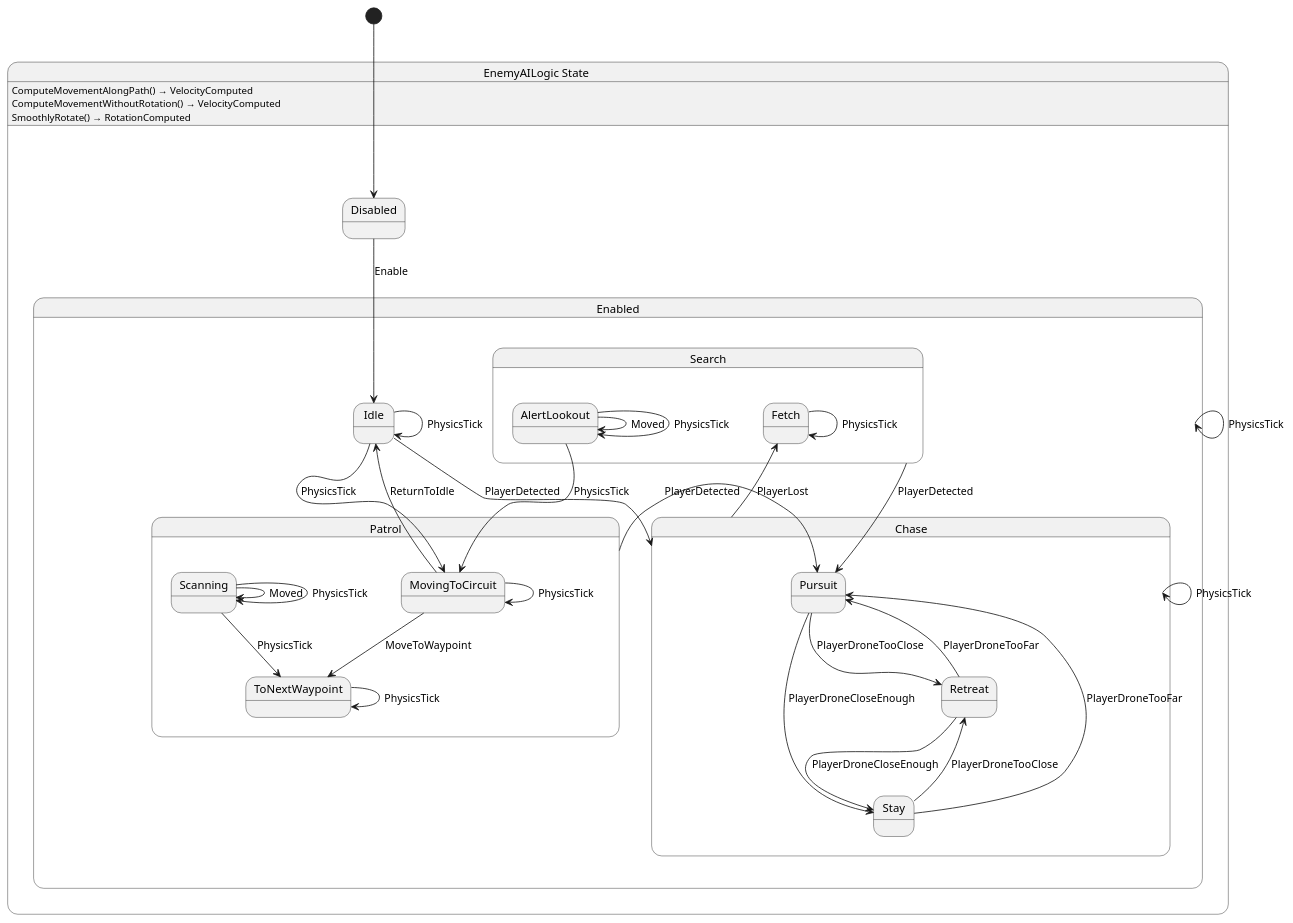
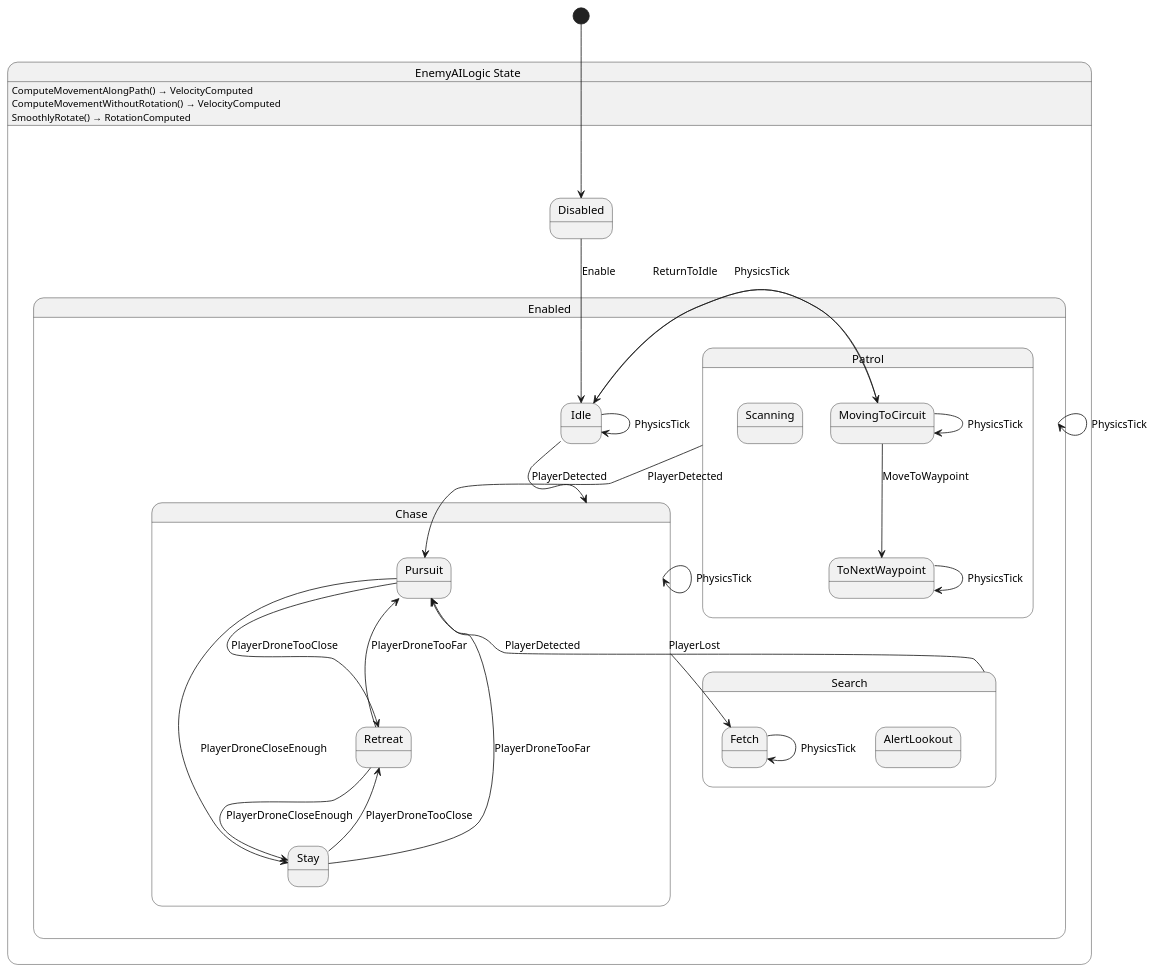
Before and after one commit to SkyValor/rescue-drone: the diagram in Scripts/Drone/Enemy/AIStateMachine/EnemyAILogic.g.puml, drawn with PlantUML. The commit also changed 6 other files, not shown here.

Commit message:
Added tilting feature to the player drone. The PlayerLogic will output events when moving and stop moving to alert the controller about to do the thing.

```diff
--- a/Scripts/Drone/Enemy/AIStateMachine/EnemyAILogic.g.puml
+++ b/Scripts/Drone/Enemy/AIStateMachine/EnemyAILogic.g.puml
@@ -1,55 +1,49 @@
 @startuml EnemyAILogic
 state "EnemyAILogic State" as RescueDrone_EnemyAILogic_State {
   state "Disabled" as RescueDrone_EnemyAILogic_State_Disabled
   state "Enabled" as RescueDrone_EnemyAILogic_State_Enabled {
     state "Chase" as RescueDrone_EnemyAILogic_State_Chase {
       state "Pursuit" as RescueDrone_EnemyAILogic_State_Pursuit
       state "Retreat" as RescueDrone_EnemyAILogic_State_Retreat
       state "Stay" as RescueDrone_EnemyAILogic_State_Stay
     }
     state "Idle" as RescueDrone_EnemyAILogic_State_Idle
     state "Patrol" as RescueDrone_EnemyAILogic_State_Patrol {
       state "MovingToCircuit" as RescueDrone_EnemyAILogic_State_MovingToCircuit
       state "Scanning" as RescueDrone_EnemyAILogic_State_Scanning
       state "ToNextWaypoint" as RescueDrone_EnemyAILogic_State_ToNextWaypoint
     }
     state "Search" as RescueDrone_EnemyAILogic_State_Search {
       state "AlertLookout" as RescueDrone_EnemyAILogic_State_AlertLookout
       state "Fetch" as RescueDrone_EnemyAILogic_State_Fetch
     }
   }
 }
 
-RescueDrone_EnemyAILogic_State_AlertLookout --> RescueDrone_EnemyAILogic_State_AlertLookout : Moved
-RescueDrone_EnemyAILogic_State_AlertLookout --> RescueDrone_EnemyAILogic_State_AlertLookout : PhysicsTick
-RescueDrone_EnemyAILogic_State_AlertLookout --> RescueDrone_EnemyAILogic_State_MovingToCircuit : PhysicsTick
 RescueDrone_EnemyAILogic_State_Chase --> RescueDrone_EnemyAILogic_State_Chase : PhysicsTick
 RescueDrone_EnemyAILogic_State_Chase --> RescueDrone_EnemyAILogic_State_Fetch : PlayerLost
 RescueDrone_EnemyAILogic_State_Disabled --> RescueDrone_EnemyAILogic_State_Idle : Enable
 RescueDrone_EnemyAILogic_State_Enabled --> RescueDrone_EnemyAILogic_State_Enabled : PhysicsTick
 RescueDrone_EnemyAILogic_State_Fetch --> RescueDrone_EnemyAILogic_State_Fetch : PhysicsTick
 RescueDrone_EnemyAILogic_State_Idle --> RescueDrone_EnemyAILogic_State_Chase : PlayerDetected
 RescueDrone_EnemyAILogic_State_Idle --> RescueDrone_EnemyAILogic_State_Idle : PhysicsTick
 RescueDrone_EnemyAILogic_State_Idle --> RescueDrone_EnemyAILogic_State_MovingToCircuit : PhysicsTick
 RescueDrone_EnemyAILogic_State_MovingToCircuit --> RescueDrone_EnemyAILogic_State_Idle : ReturnToIdle
 RescueDrone_EnemyAILogic_State_MovingToCircuit --> RescueDrone_EnemyAILogic_State_MovingToCircuit : PhysicsTick
 RescueDrone_EnemyAILogic_State_MovingToCircuit --> RescueDrone_EnemyAILogic_State_ToNextWaypoint : MoveToWaypoint
 RescueDrone_EnemyAILogic_State_Patrol --> RescueDrone_EnemyAILogic_State_Pursuit : PlayerDetected
 RescueDrone_EnemyAILogic_State_Pursuit --> RescueDrone_EnemyAILogic_State_Retreat : PlayerDroneTooClose
 RescueDrone_EnemyAILogic_State_Pursuit --> RescueDrone_EnemyAILogic_State_Stay : PlayerDroneCloseEnough
 RescueDrone_EnemyAILogic_State_Retreat --> RescueDrone_EnemyAILogic_State_Pursuit : PlayerDroneTooFar
 RescueDrone_EnemyAILogic_State_Retreat --> RescueDrone_EnemyAILogic_State_Stay : PlayerDroneCloseEnough
-RescueDrone_EnemyAILogic_State_Scanning --> RescueDrone_EnemyAILogic_State_Scanning : Moved
-RescueDrone_EnemyAILogic_State_Scanning --> RescueDrone_EnemyAILogic_State_Scanning : PhysicsTick
-RescueDrone_EnemyAILogic_State_Scanning --> RescueDrone_EnemyAILogic_State_ToNextWaypoint : PhysicsTick
 RescueDrone_EnemyAILogic_State_Search --> RescueDrone_EnemyAILogic_State_Pursuit : PlayerDetected
 RescueDrone_EnemyAILogic_State_Stay --> RescueDrone_EnemyAILogic_State_Pursuit : PlayerDroneTooFar
 RescueDrone_EnemyAILogic_State_Stay --> RescueDrone_EnemyAILogic_State_Retreat : PlayerDroneTooClose
 RescueDrone_EnemyAILogic_State_ToNextWaypoint --> RescueDrone_EnemyAILogic_State_ToNextWaypoint : PhysicsTick
 
 RescueDrone_EnemyAILogic_State : ComputeMovementAlongPath() → VelocityComputed
 RescueDrone_EnemyAILogic_State : ComputeMovementWithoutRotation() → VelocityComputed
 RescueDrone_EnemyAILogic_State : SmoothlyRotate() → RotationComputed
 
 [*] --> RescueDrone_EnemyAILogic_State_Disabled
 @enduml
```
